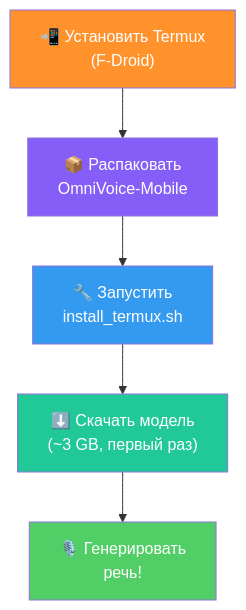
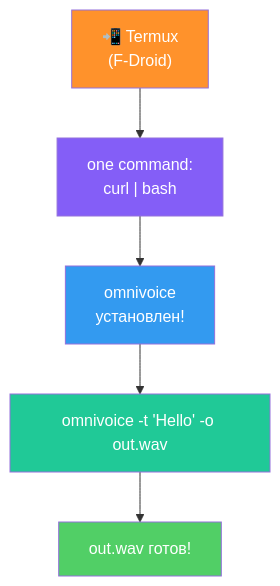
Before and after one commit to kevinriverrrr-sudo/OmniVoice-Mobile: the second of 2 diagrams in README.md, drawn with Mermaid. The commit also changed other lines of this file and 10 other files, not shown here.

First line of the commit message:
feat: pip package + one-command install (curl | bash)

````diff
--- a/README.md
+++ b/README.md
@@ -239,13 +266,13 @@
 ```mermaid
 graph TD
-    A["📲 Установить Termux<br/>(F-Droid)"] --> B["📦 Распаковать<br/>OmniVoice-Mobile"]
-    B --> C["🔧 Запустить<br/>install_termux.sh"]
-    C --> D["⬇️ Скачать модель<br/>(~3 GB, первый раз)"]
-    D --> E["🎙️ Генерировать<br/>речь!"]
+    A["📲 Termux<br/>(F-Droid)"] --> B["one command:<br/>curl | bash"]
+    B --> C["omnivoice<br/>установлен!"]
+    C --> D["omnivoice -t 'Hello' -o out.wav"]
+    D --> E["out.wav готов!"]
     
     style A fill:#ff922b,color:#fff
     style B fill:#845ef7,color:#fff
     style C fill:#339af0,color:#fff
     style D fill:#20c997,color:#fff
     style E fill:#51cf66,color:#fff
 ```
````
